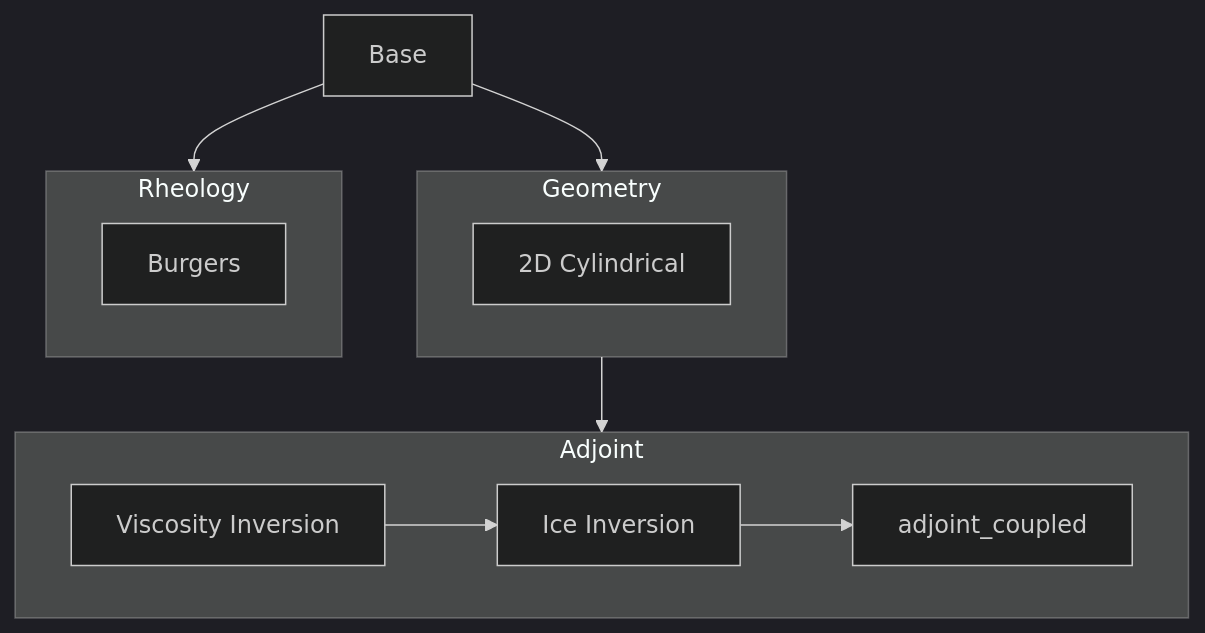
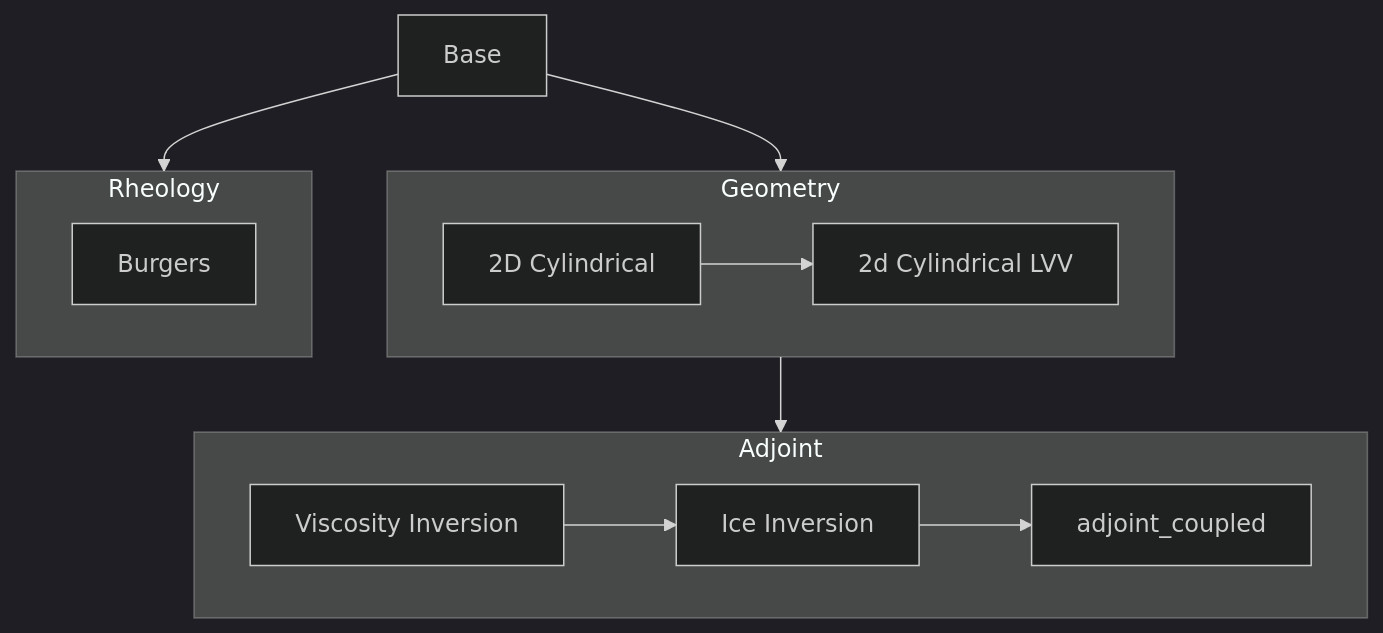
One commit to g-adopt/g-adopt changed the diagram in demos/glacial_isostatic_adjustment/.diagram.mermaid. Above: the diagram before and after it, drawn with Mermaid (dark theme). The commit also changed 12 other files, not shown here.

Commit message:
Add adjoint ice demo (#337)

```diff
--- a/demos/glacial_isostatic_adjustment/.diagram.mermaid
+++ b/demos/glacial_isostatic_adjustment/.diagram.mermaid
@@ -1,21 +1,23 @@
 graph TD
   base[Base]
 
   subgraph geometry[Geometry]
-  cylindrical_2d[2D Cylindrical]
+  cylindrical_2d[2D Cylindrical] --> cylindrical_lvv_2d[2d Cylindrical LVV]
   end
 
   subgraph rheology[Rheology]
   burgers[Burgers]
   end
 
   subgraph adjoint[Adjoint]
   adjoint_viscosity[Viscosity Inversion] --> adjoint_ice[Ice Inversion] --> adjoint_coupled[adjoint_coupled]
   end
 
   base --> geometry
   base --> rheology
   geometry --> adjoint
 
   click base "base_case"
   click cylindrical_2d "2d_cylindrical"
+  click cylindrical_lvv_2d "2d_cylindrical_lvv"
+  click adjoint_ice "adjoint_ice"
```
